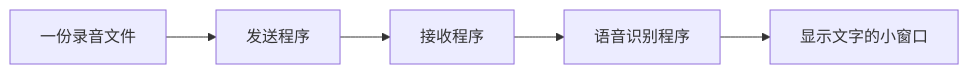
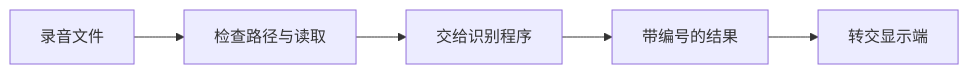
Before and after one commit to dreamcather726/ai-interaction-ui: the diagram in docs/知识点/第二周/接口调用工程师｜第二周专业知识自学清单.md, drawn with Mermaid. The commit also changed other lines of this file and 8 other files, not shown here.

````diff
--- a/docs/知识点/第二周/接口调用工程师｜第二周专业知识自学清单.md
+++ b/docs/知识点/第二周/接口调用工程师｜第二周专业知识自学清单.md
@@ -9,7 +9,7 @@
 ```mermaid
 flowchart LR
-    A[一份录音文件] --> B[发送程序]
-    B --> C[接收程序]
-    C --> D[语音识别程序]
-    D --> E[显示文字的小窗口]
+    A[录音文件] --> B[检查路径与读取]
+    B --> C[交给识别程序]
+    C --> D[带编号的结果]
+    D --> E[转交显示端]
 ```
````
